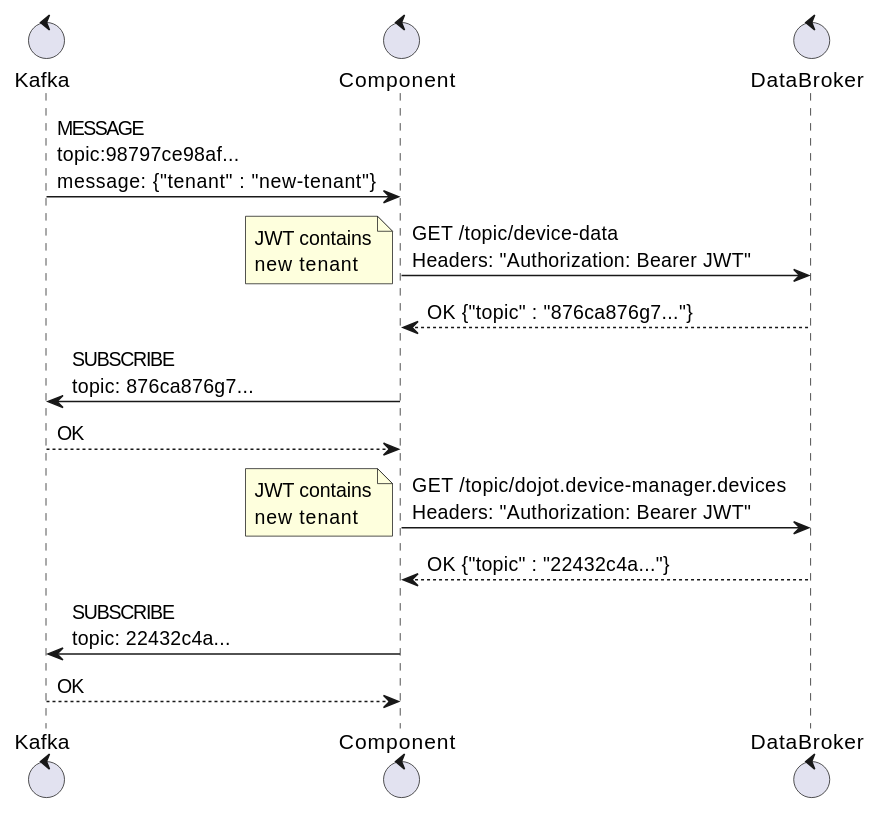
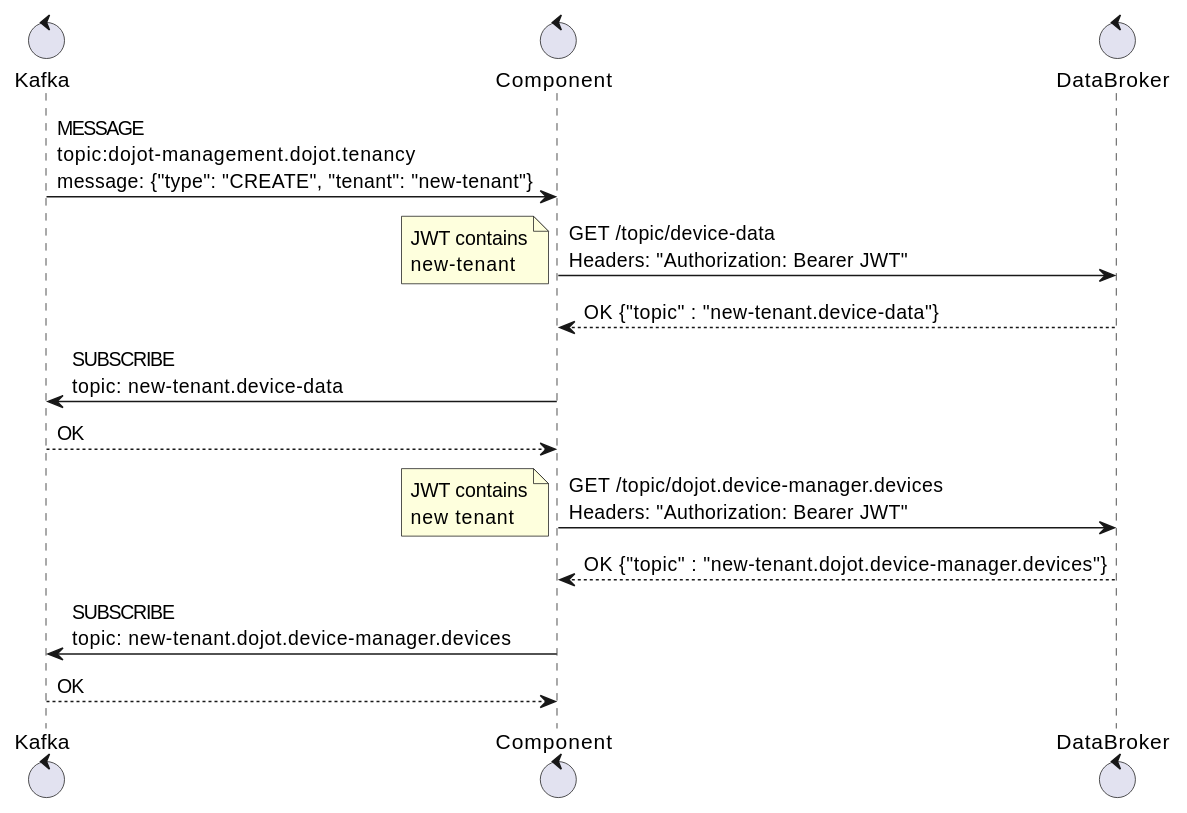
Before and after one commit to dojot/docs: the sixth of 11 diagrams in source/internal-communication.rst, drawn with PlantUML. The commit also changed other lines of this file and 5 other files, not shown here.

```diff
--- a/source/internal-communication.rst
+++ b/source/internal-communication.rst
@@ -290,26 +251,25 @@
 .. uml::
    :caption: Tenant bootstrapping
    :align: center
-
 
    control Kafka
    control Component
    control DataBroker
 
-   Kafka -> Component: MESSAGE\ntopic:98797ce98af...\nmessage: {"tenant" : "new-tenant"}
+   Kafka -> Component: MESSAGE\ntopic:dojot-management.dojot.tenancy\nmessage: {"type": "CREATE", "tenant": "new-tenant"}
    Component -> DataBroker: GET /topic/device-data\nHeaders: "Authorization: Bearer JWT"
    note left
      JWT contains
-     new tenant
+     new-tenant
    end note
-   DataBroker --> Component: OK {"topic" : "876ca876g7..."}
-   Component -> Kafka: SUBSCRIBE\ntopic: 876ca876g7...
+   DataBroker --> Component: OK {"topic" : "new-tenant.device-data"}
+   Component -> Kafka: SUBSCRIBE\ntopic: new-tenant.device-data
    Kafka --> Component: OK
    Component -> DataBroker: GET /topic/dojot.device-manager.devices\nHeaders: "Authorization: Bearer JWT"
    note left
      JWT contains
      new tenant
    end note
-   DataBroker --> Component: OK {"topic" : "22432c4a..."}
-   Component -> Kafka: SUBSCRIBE\ntopic: 22432c4a...
+   DataBroker --> Component: OK {"topic" : "new-tenant.dojot.device-manager.devices"}
+   Component -> Kafka: SUBSCRIBE\ntopic: new-tenant.dojot.device-manager.devices
    Kafka --> Component: OK
```
